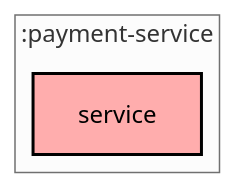
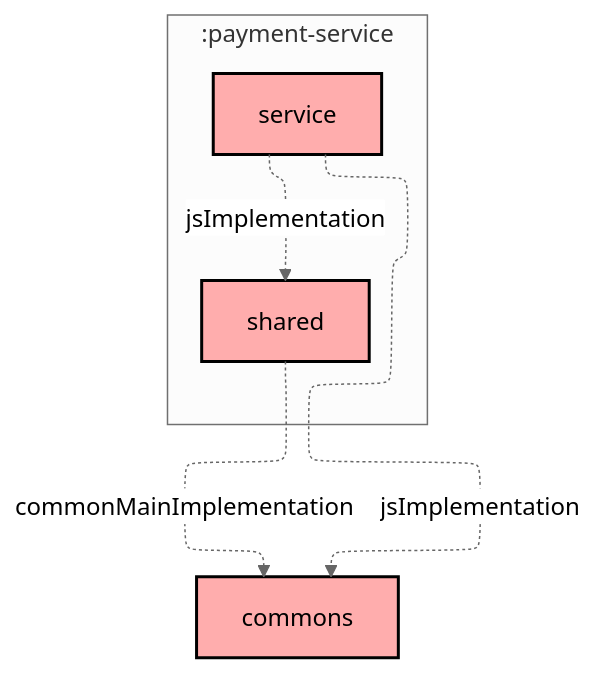
The diagram in payment-service/service/README.md (Norby99/munchies), drawn with Mermaid (neutral theme) before and after one commit. The commit also changed 4 other files, not shown here.

Commit message:
build(deps): js implementation for mermaid graphs

````diff
--- a/payment-service/service/README.md
+++ b/payment-service/service/README.md
@@ -6,15 +6,21 @@
 ```mermaid
 ---
 config:
   layout: elk
   elk:
     nodePlacementStrategy: SIMPLE
 ---
 graph TB
   subgraph :payment-service
     direction TB
     :payment-service:service[service]:::unknown
+    :payment-service:shared[shared]:::unknown
   end
+  :commons[commons]:::unknown
+
+  :payment-service:service -.->|jsImplementation| :commons
+  :payment-service:service -.->|jsImplementation| :payment-service:shared
+  :payment-service:shared -.->|commonMainImplementation| :commons
 
 classDef unknown fill:#FFADAD,stroke:#000,stroke-width:2px,color:#000;
 ```
````
